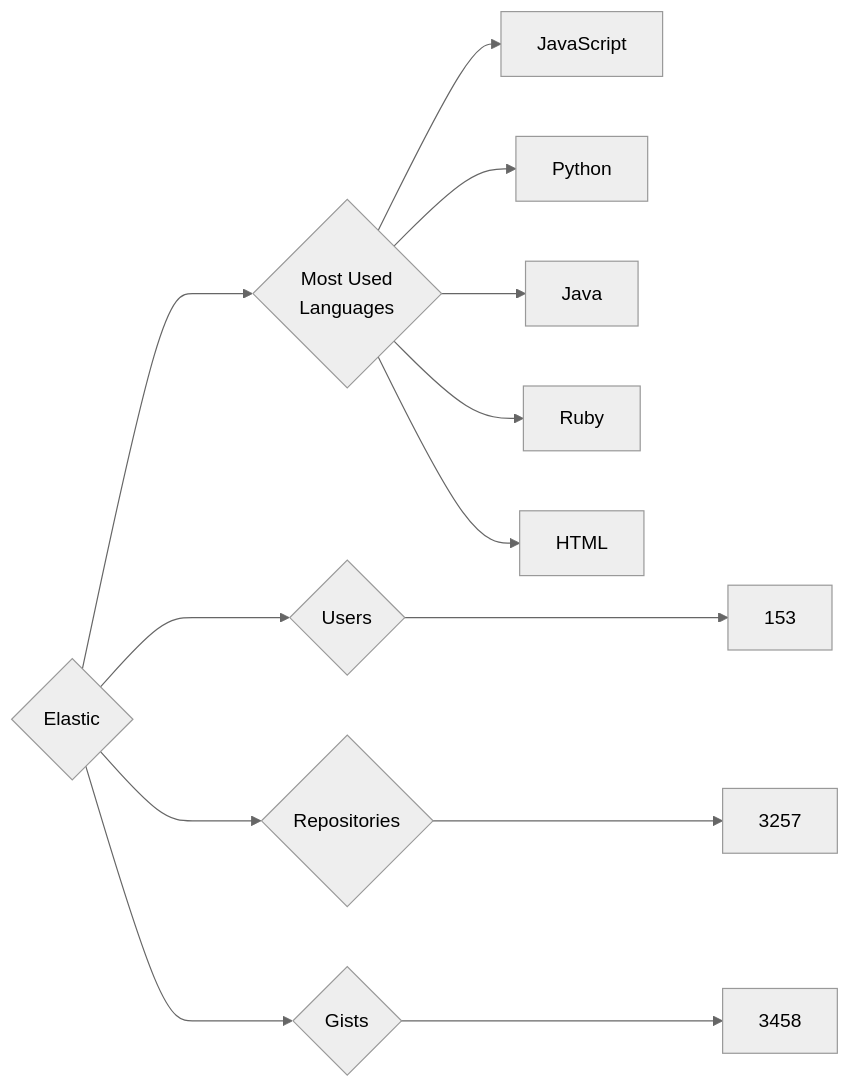
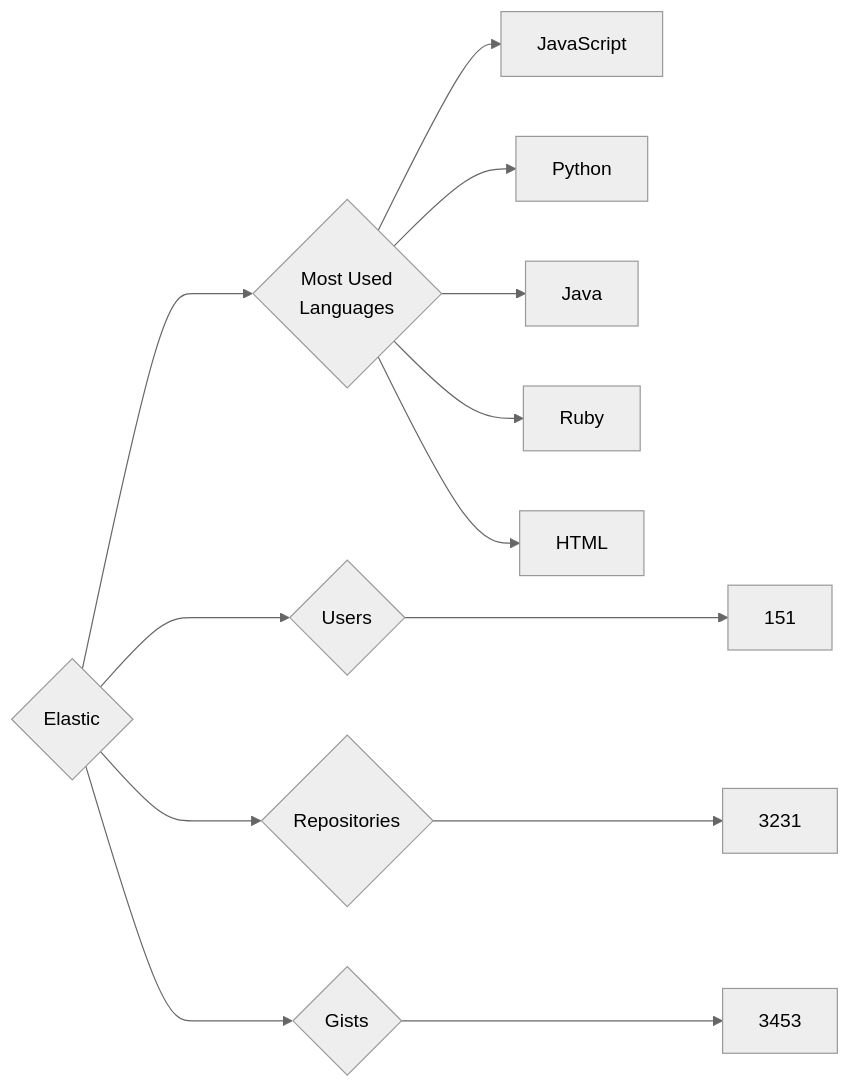
Before and after one commit to trickest/insiders: the diagram in targets/Elastic/README.md, drawn with Mermaid (neutral theme). The commit also changed 860 other files, not shown here.

````diff
--- a/targets/Elastic/README.md
+++ b/targets/Elastic/README.md
@@ -3,13 +3,13 @@
 ```mermaid
 graph LR
 COMPANY_NAME{Elastic}
-COMPANY_NAME ---> U{Users} ---> UN[153]
-COMPANY_NAME ---> R{Repositories} ---> RN[3257]
-COMPANY_NAME ---> G{Gists} ---> GN[3458]
+COMPANY_NAME ---> U{Users} ---> UN[151]
+COMPANY_NAME ---> R{Repositories} ---> RN[3231]
+COMPANY_NAME ---> G{Gists} ---> GN[3453]
 COMPANY_NAME ---> ML{Most Used<br>Languages}
 ML --> JavaScript[JavaScript]
 ML --> Python[Python]
 ML --> Java[Java]
 ML --> Ruby[Ruby]
 ML --> HTML[HTML]
 ```
````
